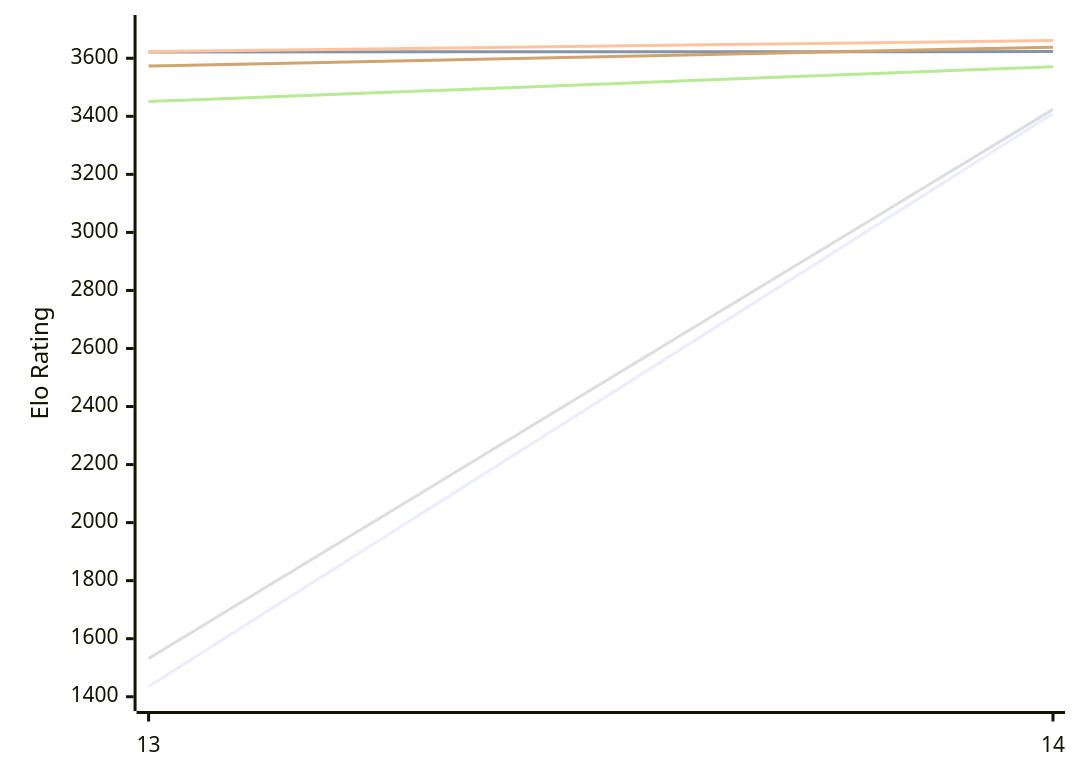
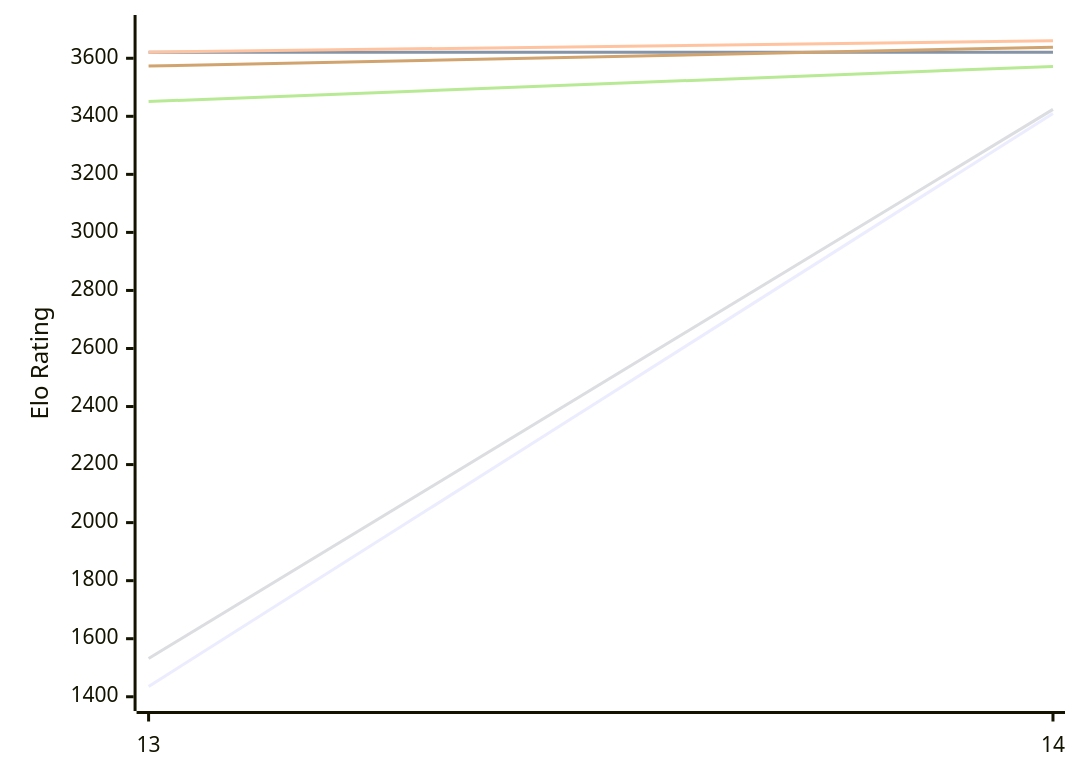
Before and after one commit to computer-chess-index/cci: the first of 2 diagrams in engines/Berserk.md, drawn with Mermaid. The commit also changed other lines of this file, not shown here.

Commit message:
Update CCI Ratings (ELO VLTC) - 2026-11-28

````diff
--- a/engines/Berserk.md
+++ b/engines/Berserk.md
@@ -50,12 +50,12 @@
 ```mermaid
 %%{init: {"theme":"base","themeVariables":{"seriesColors:['#a3a3a3','#222221','#faa371']}}}%%
 xychart-beta
   x-axis ["13", "14"]
   y-axis "Elo Rating" 1400 --> 3700
   line "E1: STC (8.0+0.08s)" [1435, 3410]
-  line "E1: LTC (60.0+0.60s)" [3622, 3623]
-  line "E1: VLTC (2m24s+1.12s)" [3623, 3661]
+  line "E1: LTC (60.0+0.60s)" [3621, 3621]
+  line "E1: VLTC (2m24s+1.12s)" [3621, 3660]
   line "P1: STC (8.0+0.08s)" [1532, 3424]
-  line "P1: LTC (60.0+0.60s)" [3451, 3571]
+  line "P1: LTC (60.0+0.60s)" [3451, 3572]
   line "P1: VLTC (2m24s+1.12s)" [3573, 3638]
 ```
````
